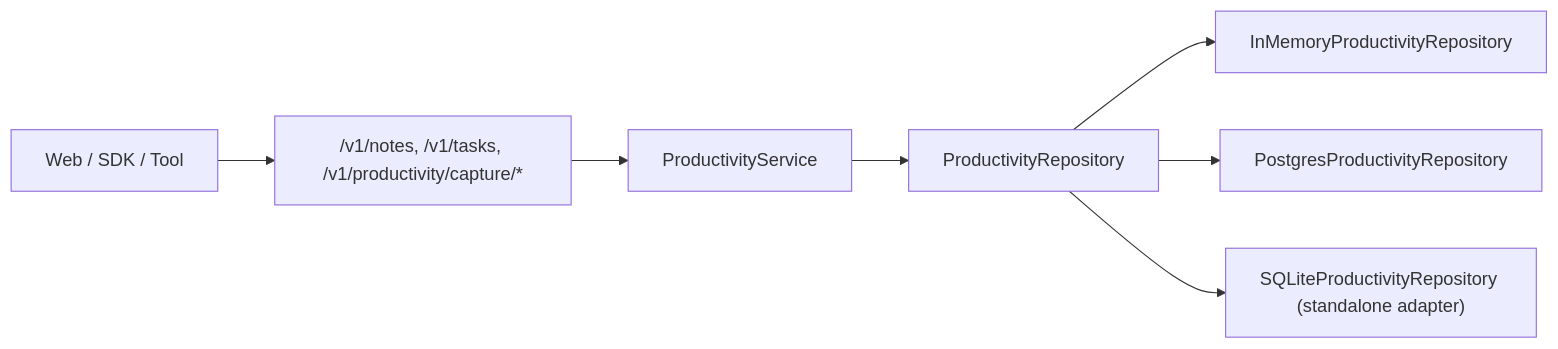
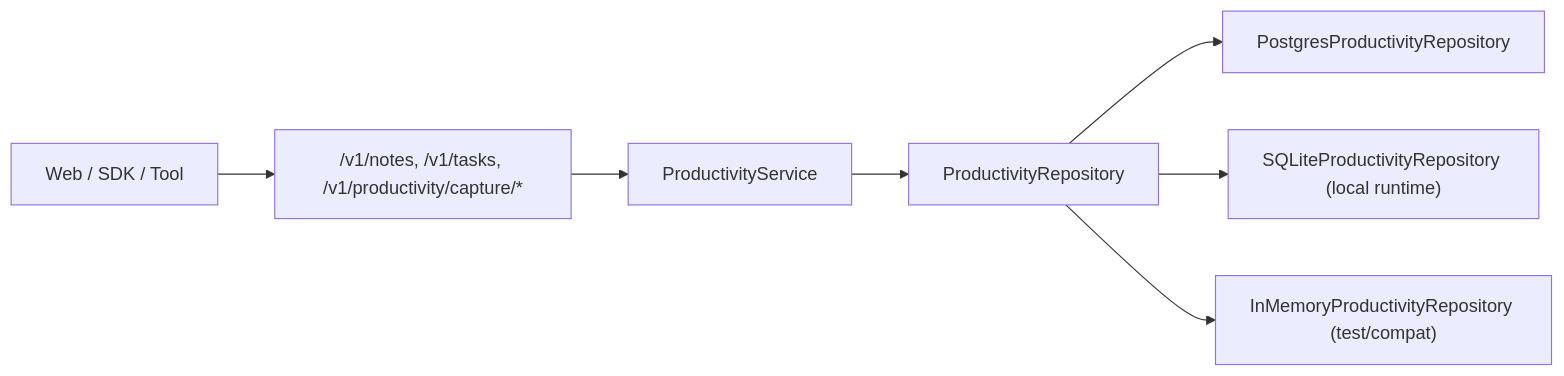
The first of 6 diagrams in docs/productivity-system.md (William-zgx/focus-agent), drawn with Mermaid before and after one commit. The commit also changed other lines of this file and 28 other files, not shown here.

````diff
--- a/docs/productivity-system.md
+++ b/docs/productivity-system.md
@@ -28,9 +29,9 @@
 ```mermaid
 flowchart LR
     Producer["Web / SDK / Tool"] --> APIRouter["/v1/notes, /v1/tasks, /v1/productivity/capture/*"]
     APIRouter --> ProductivityService["ProductivityService"]
     ProductivityService --> Repo["ProductivityRepository"]
-    Repo --> InMemory["InMemoryProductivityRepository"]
     Repo --> Postgres["PostgresProductivityRepository"]
-    Repo --> SQLite["SQLiteProductivityRepository (standalone adapter)"]
+    Repo --> SQLite["SQLiteProductivityRepository (local runtime)"]
+    Repo --> InMemory["InMemoryProductivityRepository (test/compat)"]
 ```
````
